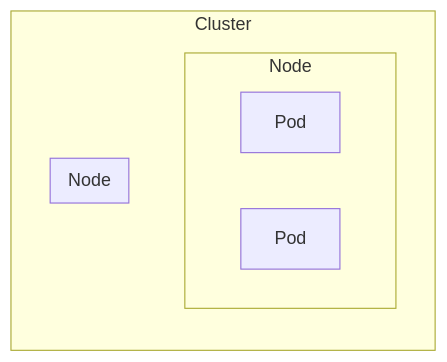
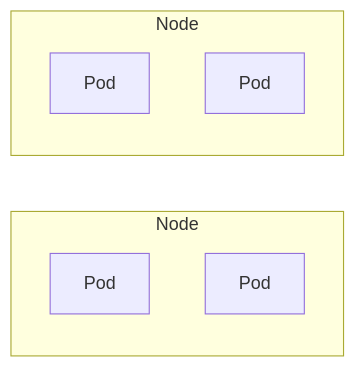
One commit to gazebo-web/cloudsim changed the first of 3 diagrams in pkg/orchestrator/README.md. Above: the diagram before and after it, drawn with Mermaid.

Commit message:
Fix pods graph.

````diff
--- a/pkg/orchestrator/README.md
+++ b/pkg/orchestrator/README.md
@@ -22,13 +22,11 @@
 ```mermaid
 graph LR;
-  subgraph cluster[Cluster]
-    subgraph node1[Node]
-      pod1[Pod];
-      pod2[Pod];
-    end
-    subgraph node2[Node]
-      pod1[Pod];
-      pod2[Pod];
-    end
+  subgraph node1[Node]
+    pod1[Pod];
+    pod2[Pod];
+  end
+  subgraph node2[Node]
+    pod3[Pod];
+    pod4[Pod];
   end
 ```
````
